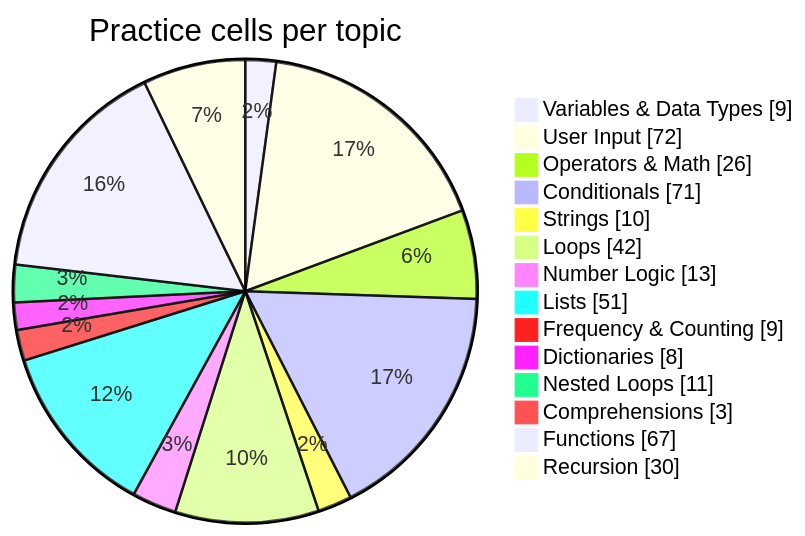
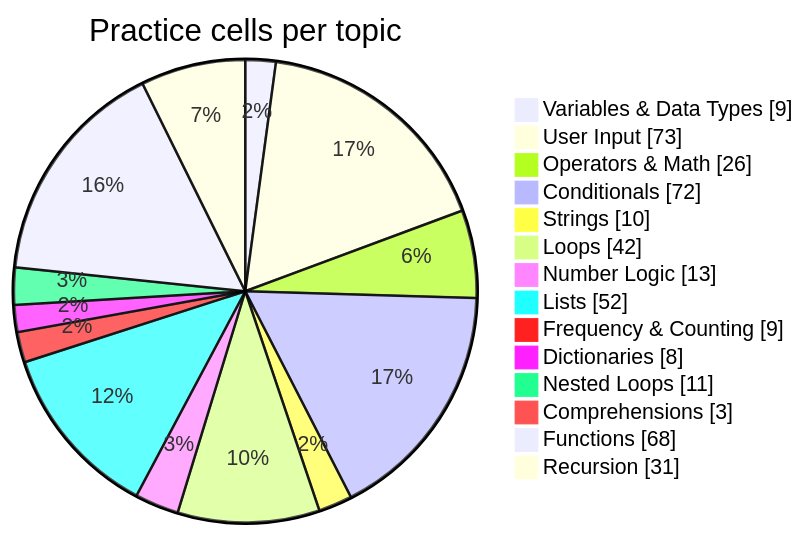
One commit to Phantom2101/Python-Daily-Practice changed the diagram in README.md. Above: the diagram before and after it, drawn with Mermaid. The commit also changed other lines of this file and 1 other file, not shown here.

````diff
--- a/README.md
+++ b/README.md
@@ -126,17 +126,17 @@
 ```mermaid
 pie showData title Practice cells per topic
     "Variables & Data Types" : 9
-    "User Input" : 72
+    "User Input" : 73
     "Operators & Math" : 26
-    "Conditionals" : 71
+    "Conditionals" : 72
     "Strings" : 10
     "Loops" : 42
     "Number Logic" : 13
-    "Lists" : 51
+    "Lists" : 52
     "Frequency & Counting" : 9
     "Dictionaries" : 8
     "Nested Loops" : 11
     "Comprehensions" : 3
-    "Functions" : 67
-    "Recursion" : 30
+    "Functions" : 68
+    "Recursion" : 31
 ```
````
